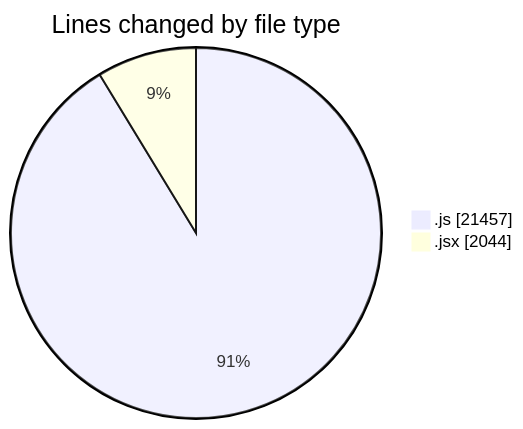
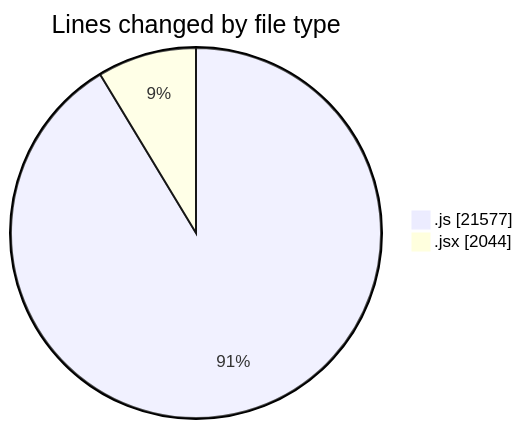
The first of 2 diagrams in 2025-10-01/nxtqube_webapp/README.md (nxtqubesakshisongat/code-tracking), drawn with Mermaid before and after one commit. The commit also changed other lines of this file and 1 other file, not shown here.

````diff
--- a/2025-10-01/nxtqube_webapp/README.md
+++ b/2025-10-01/nxtqube_webapp/README.md
@@ -22,6 +22,6 @@
 ```mermaid
 pie showData
 title Lines changed by file type
-".js" : 21457
+".js" : 21577
 ".jsx" : 2044
 ```
````
